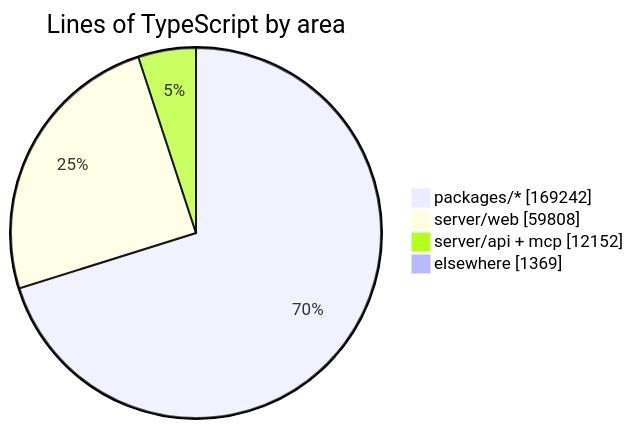
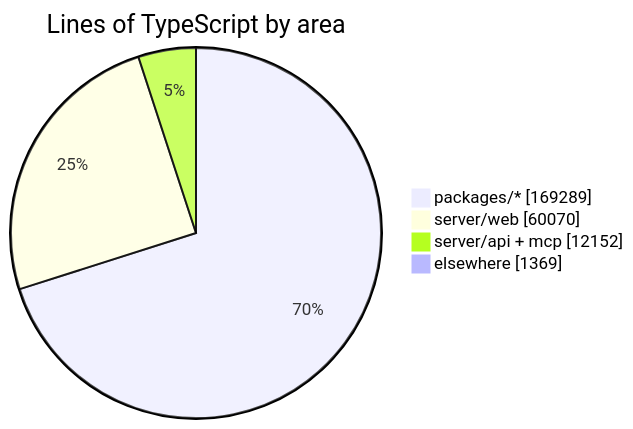
One commit to crossworks-engineering/mantle changed the diagram in README.md. Above: the diagram before and after it, drawn with Mermaid. The commit also changed other lines of this file and 2 other files, not shown here.

````diff
--- a/README.md
+++ b/README.md
@@ -279,7 +279,7 @@
 ```mermaid
 pie showData title Lines of TypeScript by area
-    "packages/*" : 169242
-    "server/web" : 59808
+    "packages/*" : 169289
+    "server/web" : 60070
     "server/api + mcp" : 12152
     "elsewhere" : 1369
 ```
````
